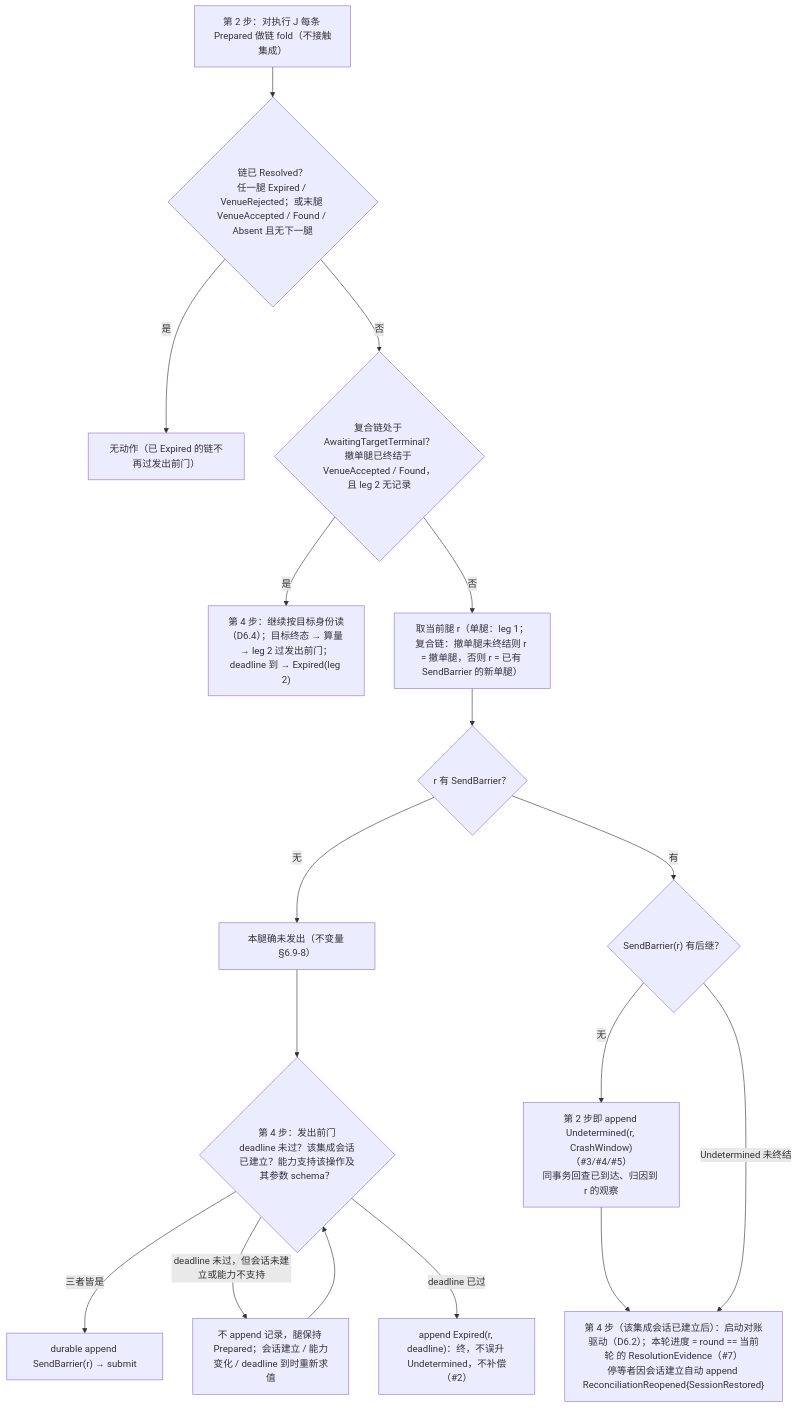
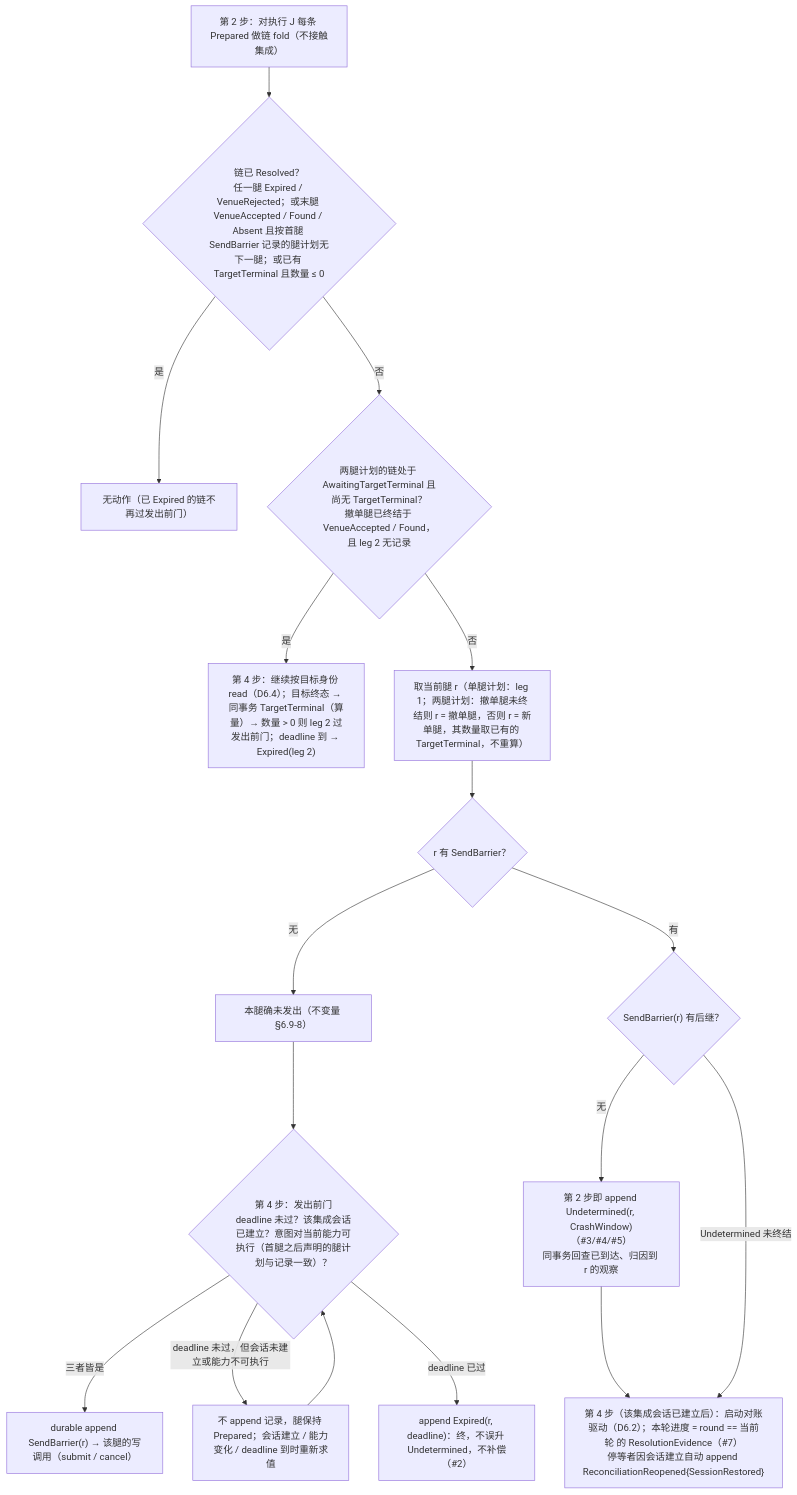
Before and after one commit to mouriya-s-lab/uta: the first of 4 diagrams in design/diagrams/07-crash-recovery.md, drawn with Mermaid. The commit also changed other lines of this file and 14 other files, not shown here.

Commit message:
design: write/lifecycle gaps — declared leg plans for Replace with per-leg keys and channels, target-kind capability for cancel/replace/close, TargetTerminal record, Halted and counters retained, session-state ownership in uses graph

````diff
--- a/design/diagrams/07-crash-recovery.md
+++ b/design/diagrams/07-crash-recovery.md
@@ -9,20 +9,20 @@
 ```mermaid
 flowchart TB
   START["第 2 步：对执行 J 每条 Prepared 做链 fold（不接触集成）"]
-  START --> Q0{"链已 Resolved？<br/>任一腿 Expired / VenueRejected；或末腿 VenueAccepted / Found / Absent 且无下一腿"}
+  START --> Q0{"链已 Resolved？<br/>任一腿 Expired / VenueRejected；或末腿 VenueAccepted / Found / Absent 且按首腿 SendBarrier 记录的腿计划无下一腿；或已有 TargetTerminal 且数量 ≤ 0"}
   Q0 -->|"是"| DONE["无动作（已 Expired 的链不再过发出前门）"]
-  Q0 -->|"否"| Q3{"复合链处于 AwaitingTargetTerminal？<br/>撤单腿已终结于 VenueAccepted / Found，且 leg 2 无记录"}
-  Q3 -->|"是"| ATT["第 4 步：继续按目标身份读（D6.4）；目标终态 → 算量 → leg 2 过发出前门；deadline 到 → Expired(leg 2)"]
-  Q3 -->|"否"| LEG["取当前腿 r（单腿：leg 1；复合链：撤单腿未终结则 r = 撤单腿，否则 r = 已有 SendBarrier 的新单腿）"]
+  Q0 -->|"否"| Q3{"两腿计划的链处于 AwaitingTargetTerminal 且尚无 TargetTerminal？<br/>撤单腿已终结于 VenueAccepted / Found，且 leg 2 无记录"}
+  Q3 -->|"是"| ATT["第 4 步：继续按目标身份 read（D6.4）；目标终态 → 同事务 TargetTerminal（算量）→ 数量 > 0 则 leg 2 过发出前门；deadline 到 → Expired(leg 2)"]
+  Q3 -->|"否"| LEG["取当前腿 r（单腿计划：leg 1；两腿计划：撤单腿未终结则 r = 撤单腿，否则 r = 新单腿，其数量取已有的 TargetTerminal，不重算）"]
   LEG --> Q1{"r 有 SendBarrier？"}
   Q1 -->|"无"| SAFE["本腿确未发出（不变量 §6.9-8）"]
-  SAFE --> G{"第 4 步：发出前门<br/>deadline 未过？该集成会话已建立？能力支持该操作及其参数 schema？"}
-  G -->|"三者皆是"| SEND["durable append SendBarrier(r) → submit"]
-  G -->|"deadline 未过，但会话未建立或能力不支持"| WAIT["不 append 记录，腿保持 Prepared；会话建立 / 能力变化 / deadline 到时重新求值"]
+  SAFE --> G{"第 4 步：发出前门<br/>deadline 未过？该集成会话已建立？意图对当前能力可执行（首腿之后声明的腿计划与记录一致）？"}
+  G -->|"三者皆是"| SEND["durable append SendBarrier(r) → 该腿的写调用（submit / cancel）"]
+  G -->|"deadline 未过，但会话未建立或能力不可执行"| WAIT["不 append 记录，腿保持 Prepared；会话建立 / 能力变化 / deadline 到时重新求值"]
   WAIT --> G
   G -->|"deadline 已过"| EXP["append Expired(r, deadline)：终，不误升 Undetermined，不补偿（#2）"]
   Q1 -->|"有"| Q2{"SendBarrier(r) 有后继？"}
   Q2 -->|"无"| UD["第 2 步即 append Undetermined(r, CrashWindow)（#3/#4/#5）<br/>同事务回查已到达、归因到 r 的观察"]
   UD --> DRV["第 4 步（该集成会话已建立后）：启动对账驱动（D6.2）；本轮进度 = round == 当前轮 的 ResolutionEvidence（#7）<br/>停等者因会话建立自动 append ReconciliationReopened{SessionRestored}"]
   Q2 -->|"Undetermined 未终结"| DRV
 ```
````
